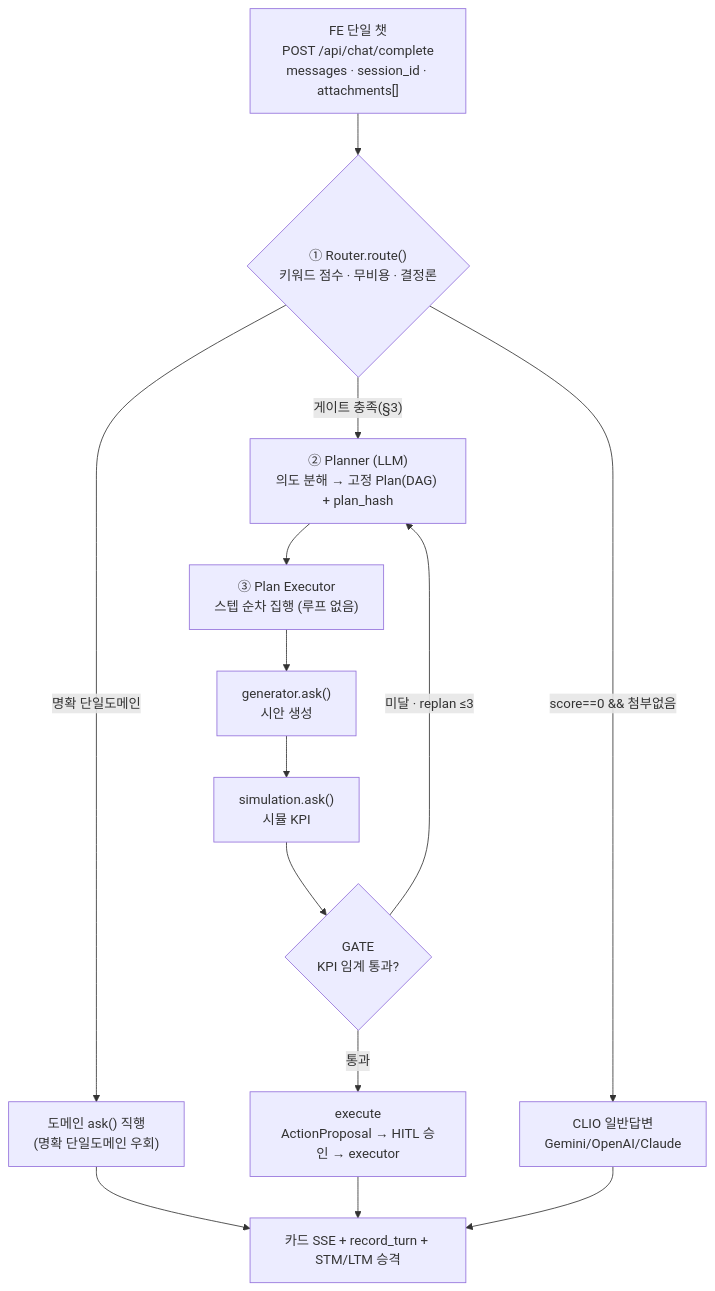
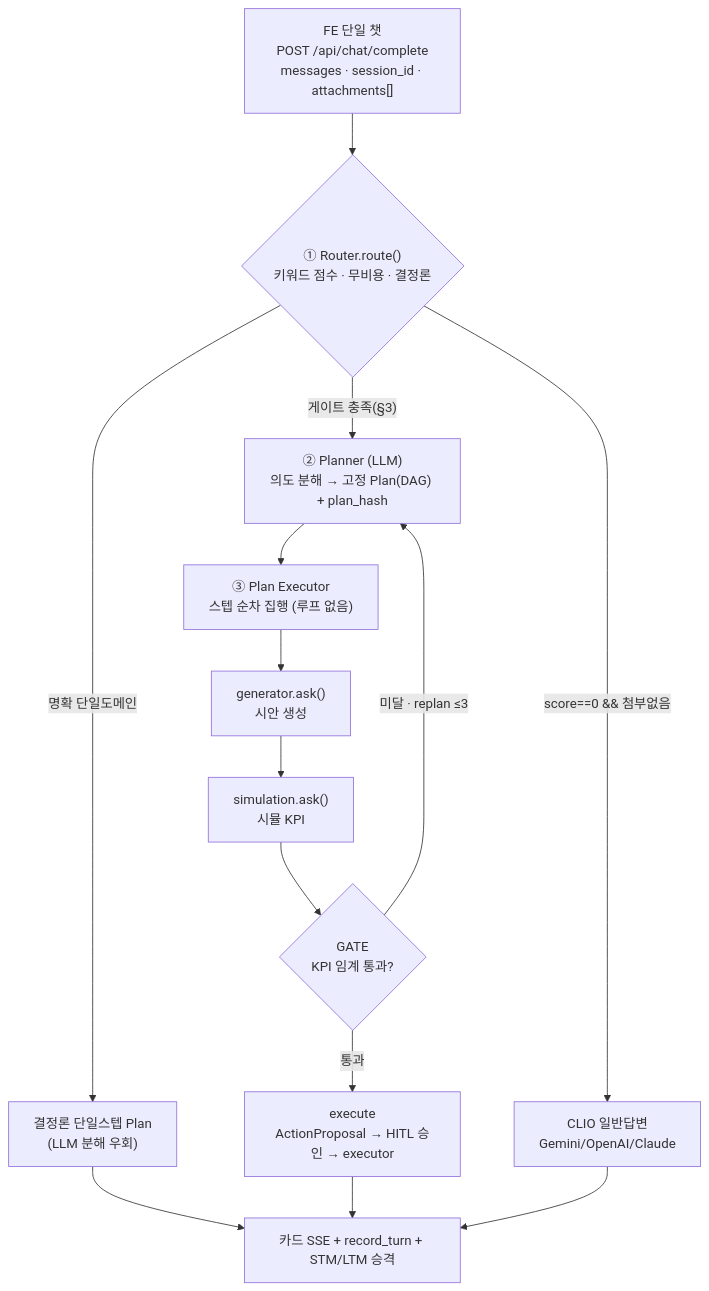
The first of 4 diagrams in docs/superpowers/specs/2026-06-26-e2e-chat-orchestration-plan-execute-design.md (cclickstudio/click-me), drawn with Mermaid before and after one commit. The commit also changed other lines of this file and 1 other file, not shown here.

First line of the commit message:
fix: 설계 정합성 3건 — 우회 정책·plan_hash 표현·트레이스 이름

````diff
--- a/docs/superpowers/specs/2026-06-26-e2e-chat-orchestration-plan-execute-design.md
+++ b/docs/superpowers/specs/2026-06-26-e2e-chat-orchestration-plan-execute-design.md
@@ -64,26 +64,26 @@
 ```mermaid
 flowchart TD
     FE["FE 단일 챗<br/>POST /api/chat/complete<br/>messages · session_id · attachments[]"]
     R{"① Router.route()<br/>키워드 점수 · 무비용 · 결정론"}
-    DIRECT["도메인 ask() 직행<br/>(명확 단일도메인 우회)"]
+    DIRECT["결정론 단일스텝 Plan<br/>(LLM 분해 우회)"]
     CLIO["CLIO 일반답변<br/>Gemini/OpenAI/Claude"]
     P["② Planner (LLM)<br/>의도 분해 → 고정 Plan(DAG) + plan_hash"]
     EX["③ Plan Executor<br/>스텝 순차 집행 (루프 없음)"]
     GEN["generator.ask()<br/>시안 생성"]
     SIM["simulation.ask()<br/>시뮬 KPI"]
     GATE{"GATE<br/>KPI 임계 통과?"}
     HITL["execute<br/>ActionProposal → HITL 승인 → executor"]
     OUT["카드 SSE + record_turn + STM/LTM 승격"]
 
     FE --> R
     R -->|"명확 단일도메인"| DIRECT
     R -->|"score==0 && 첨부없음"| CLIO
     R -->|"게이트 충족(§3)"| P
     P --> EX
     EX --> GEN --> SIM --> GATE
     GATE -->|"통과"| HITL
     GATE -->|"미달 · replan ≤3"| P
     DIRECT --> OUT
     HITL --> OUT
     CLIO --> OUT
 ```
````
